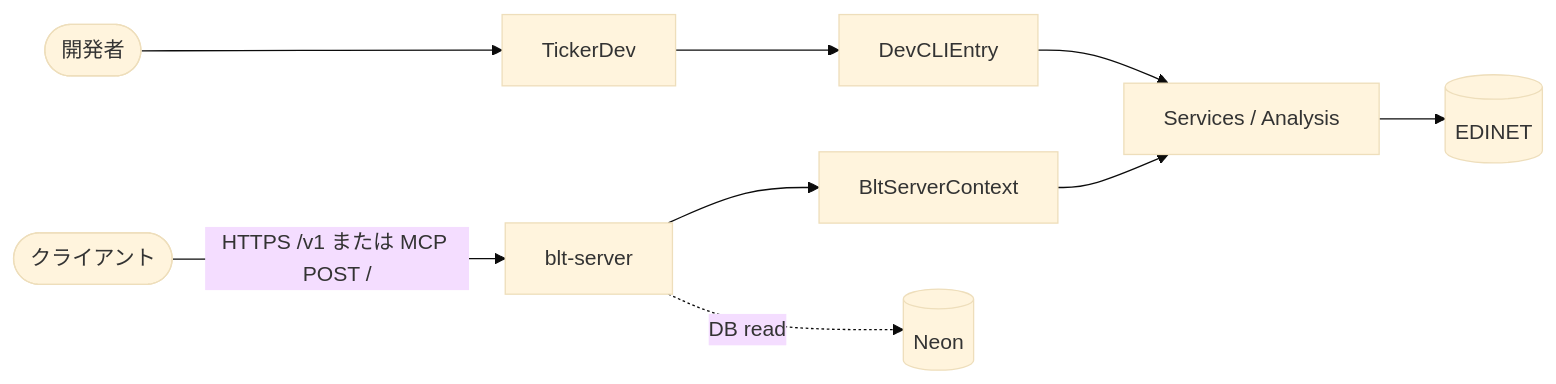
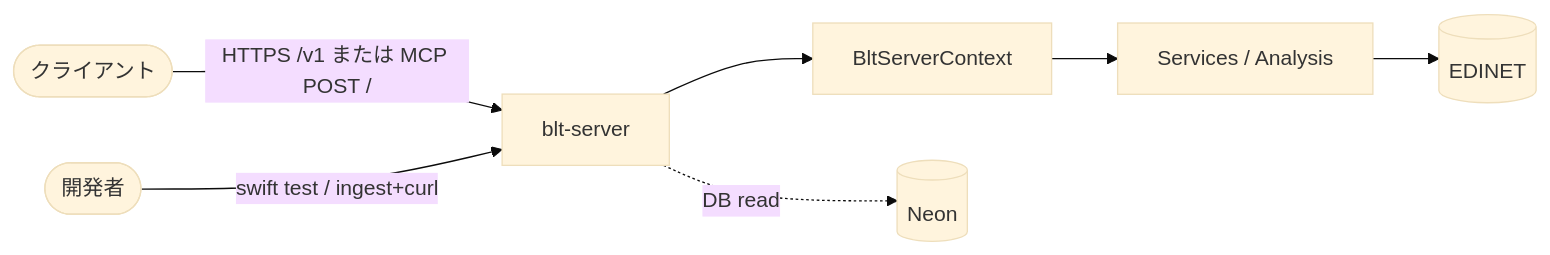
The second of 2 diagrams in docs/architecture.md (sollahiro/blue-ticker), drawn with Mermaid (base theme) before and after one commit. The commit also changed other lines of this file and 88 other files, not shown here.

````diff
--- a/docs/architecture.md
+++ b/docs/architecture.md
@@ -78,11 +80,9 @@
 ```mermaid
 flowchart LR
     user(["クライアント"]) -->|"HTTPS /v1 または MCP POST /"| server["blt-server"]
-    dev(["開発者"]) --> tickerdev["TickerDev"]
-    tickerdev --> facade0["DevCLIEntry"]
+    dev(["開発者"]) -->|"swift test / ingest+curl"| server
     server --> facade["BltServerContext"]
-    facade0 --> svc["Services / Analysis"]
-    facade --> svc
+    facade --> svc["Services / Analysis"]
     svc --> edinet[("EDINET")]
     server -.->|DB read| pg[("Neon")]
 ```
````
